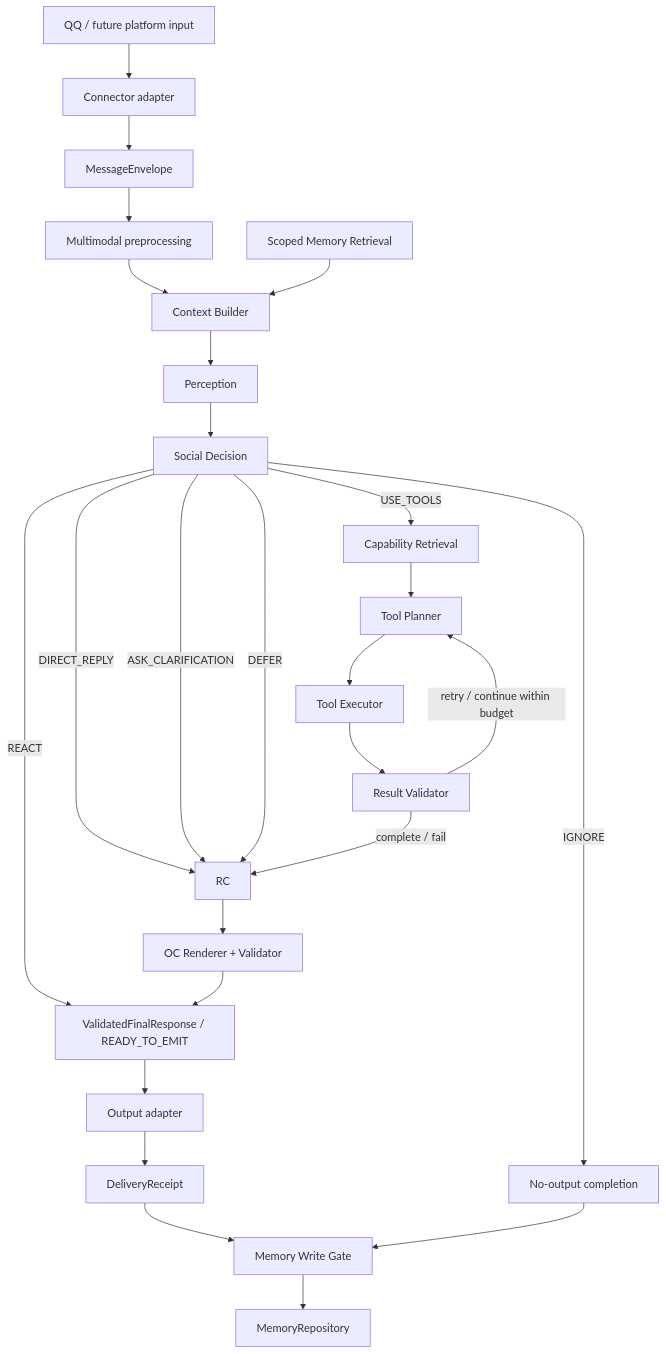
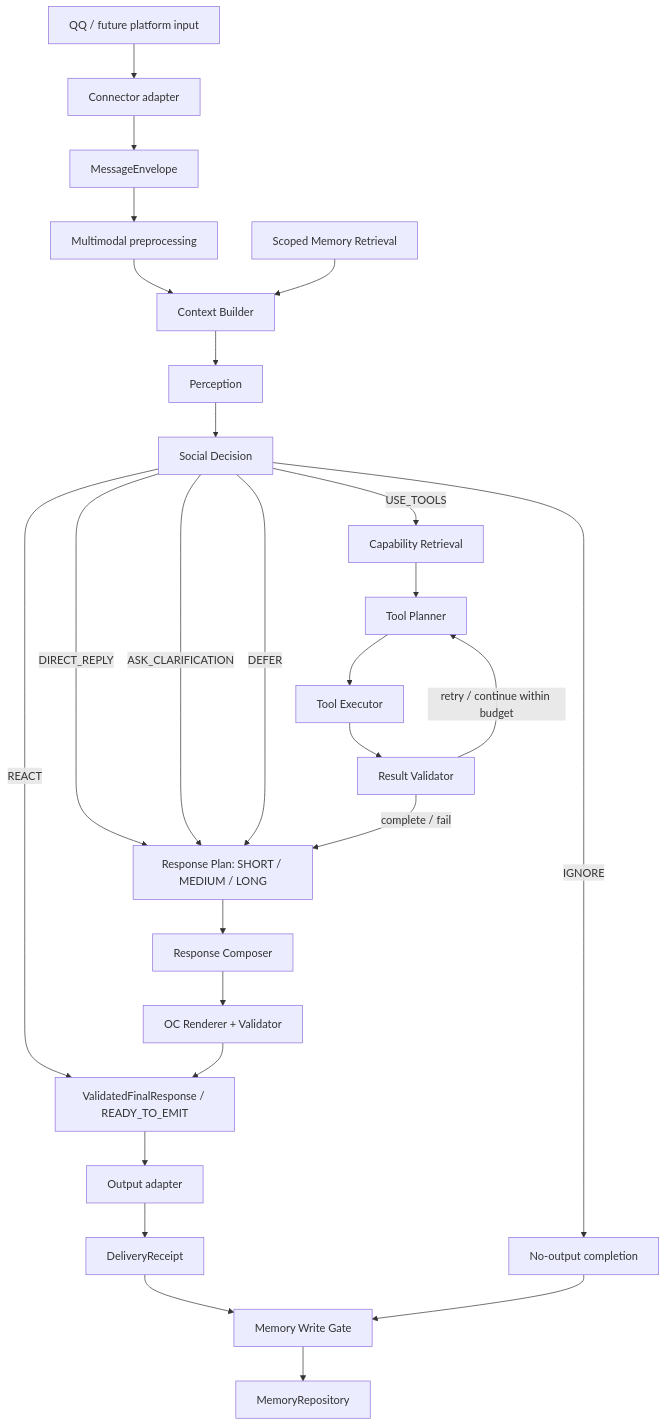
The diagram in docs/refactor/target-architecture.md (ly382965/dududa), drawn with Mermaid before and after one commit. The commit also changed other lines of this file and 57 other files, not shown here.

````diff
--- a/docs/refactor/target-architecture.md
+++ b/docs/refactor/target-architecture.md
@@ -29,28 +34,29 @@
 ```mermaid
 flowchart TD
     I["QQ / future platform input"] --> A["Connector adapter"]
     A --> E["MessageEnvelope"]
     E --> MM["Multimodal preprocessing"]
     MM --> C["Context Builder"]
     MR["Scoped Memory Retrieval"] --> C
     C --> P["Perception"]
     P --> S["Social Decision"]
     S -->|"IGNORE"| Z["No-output completion"]
     S -->|"REACT"| RR
-    S -->|"DIRECT_REPLY"| RC
-    S -->|"ASK_CLARIFICATION"| RC
-    S -->|"DEFER"| RC
+    S -->|"DIRECT_REPLY"| RP["Response Plan: SHORT / MEDIUM / LONG"]
+    S -->|"ASK_CLARIFICATION"| RP
+    S -->|"DEFER"| RP
     S -->|"USE_TOOLS"| CR["Capability Retrieval"]
     CR --> TP["Tool Planner"]
     TP --> TE["Tool Executor"]
     TE --> V["Result Validator"]
     V -->|"retry / continue within budget"| TP
-    V -->|"complete / fail"| RC
+    V -->|"complete / fail"| RP
+    RP --> RC["Response Composer"]
     RC --> O["OC Renderer + Validator"]
     O --> RR["ValidatedFinalResponse / READY_TO_EMIT"]
     RR --> OA["Output adapter"]
     OA --> DR["DeliveryReceipt"]
     DR --> W["Memory Write Gate"]
     Z --> W
     W --> MEM["MemoryRepository"]
 ```
````
